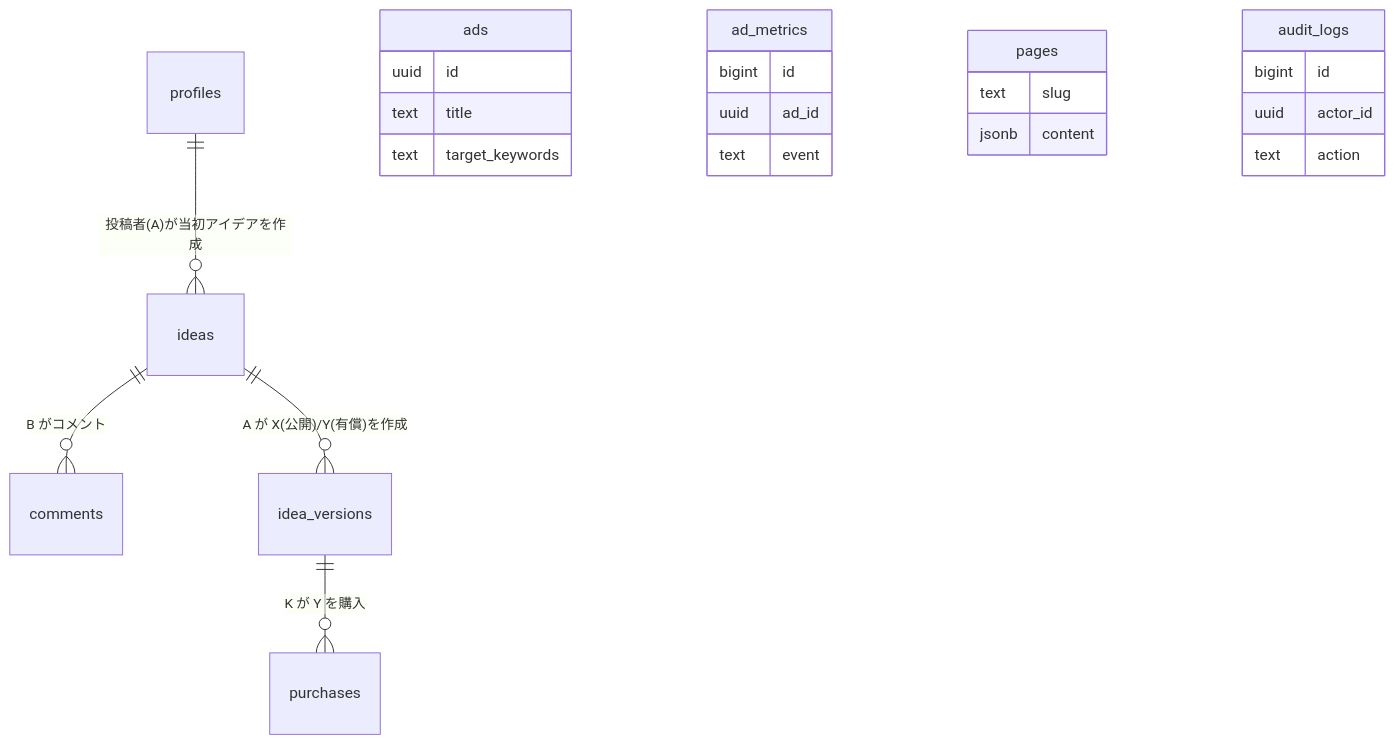
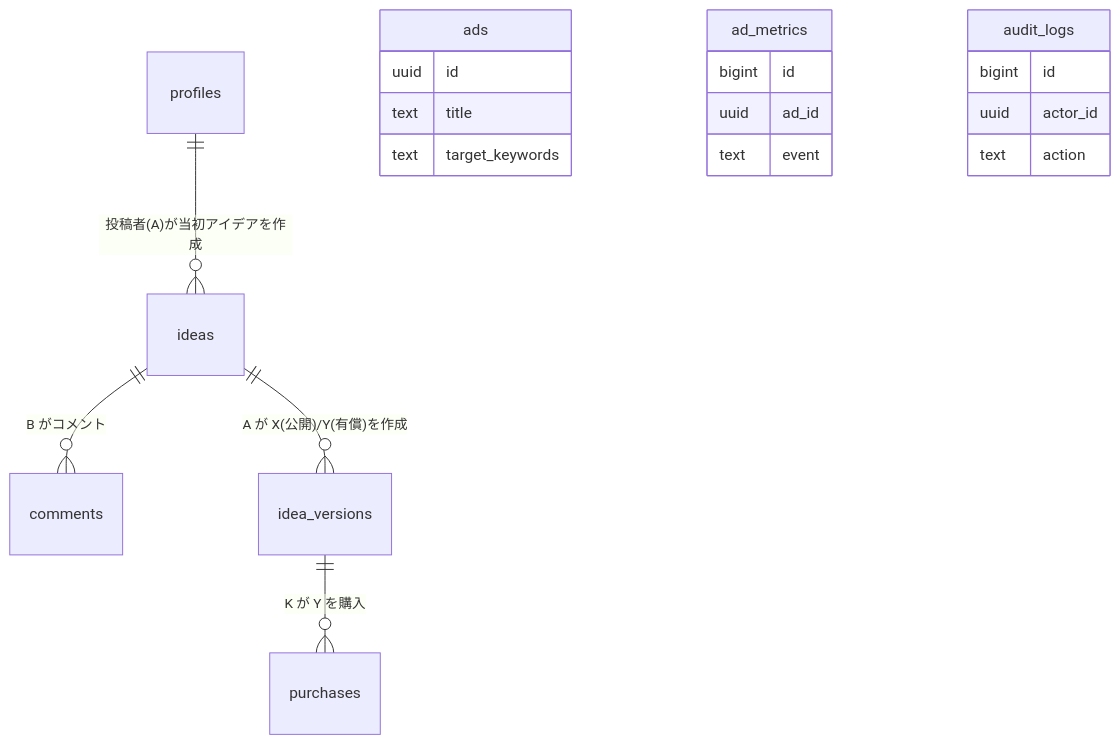
One commit to foxey151/idea-market changed the diagram in documents/DB設計書.md. Above: the diagram before and after it, drawn with Mermaid. The commit also changed other lines of this file and 81 other files, not shown here.

````diff
--- a/documents/DB設計書.md
+++ b/documents/DB設計書.md
@@ -24,26 +24,22 @@
 ```mermaid
 erDiagram
     profiles ||--o{ ideas : "投稿者(A)が当初アイデアを作成"
     ideas ||--o{ comments : "B がコメント"
     ideas ||--o{ idea_versions : "A が X(公開)/Y(有償)を作成"
     idea_versions ||--o{ purchases : "K が Y を購入"
     ads {
         uuid id
         text title
         text target_keywords
     }
     ad_metrics {
         bigint id
         uuid ad_id
         text event
     }
-    pages {
-        text slug
-        jsonb content
-    }
     audit_logs {
         bigint id
         uuid actor_id
         text action
     }
 ```
````
